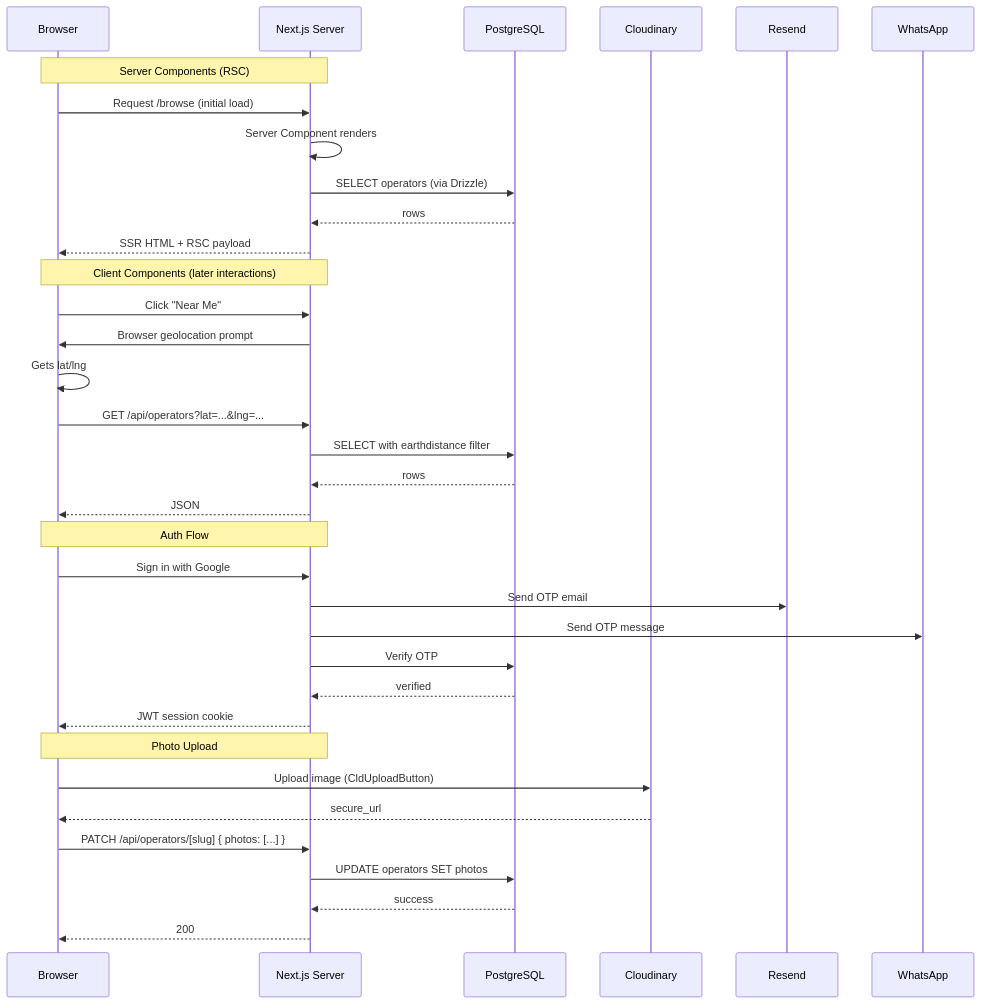
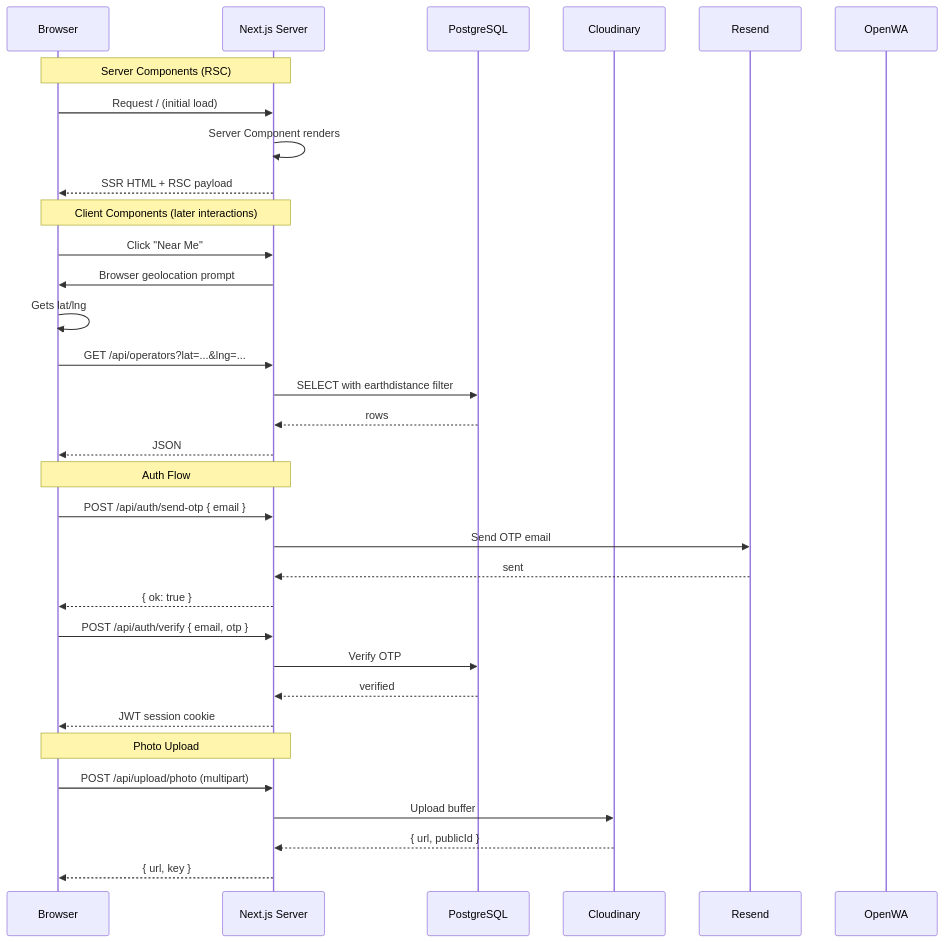
The third of 8 diagrams in docs/SYSTEM_ARCHITECTURE.md (NadeemAhmad007/nadur), drawn with Mermaid before and after one commit. The commit also changed other lines of this file and 79 other files, not shown here.

Commit message:
Production ready - auth fixes, admin UI, WhatsApp OTP, OpenWA management, footer, favorites

````diff
--- a/docs/SYSTEM_ARCHITECTURE.md
+++ b/docs/SYSTEM_ARCHITECTURE.md
@@ -141,41 +130,39 @@
 ```mermaid
 sequenceDiagram
     participant Browser
     participant NextJS as Next.js Server
     participant DB as PostgreSQL
     participant Cloudinary
     participant Resend
-    participant WhatsApp
+    participant OpenWA
 
     Note over Browser,NextJS: Server Components (RSC)
-    Browser->>NextJS: Request /browse (initial load)
+    Browser->>NextJS: Request / (initial load)
     NextJS->>NextJS: Server Component renders
-    NextJS->>DB: SELECT operators (via Drizzle)
-    DB-->>NextJS: rows
     NextJS-->>Browser: SSR HTML + RSC payload
 
     Note over Browser,NextJS: Client Components (later interactions)
     Browser->>NextJS: Click "Near Me"
     NextJS->>Browser: Browser geolocation prompt
     Browser->>Browser: Gets lat/lng
     Browser->>NextJS: GET /api/operators?lat=...&lng=...
     NextJS->>DB: SELECT with earthdistance filter
     DB-->>NextJS: rows
     NextJS-->>Browser: JSON
 
     Note over Browser,NextJS: Auth Flow
-    Browser->>NextJS: Sign in with Google
+    Browser->>NextJS: POST /api/auth/send-otp { email }
     NextJS->>Resend: Send OTP email
-    NextJS->>WhatsApp: Send OTP message
+    Resend-->>NextJS: sent
+    NextJS-->>Browser: { ok: true }
+    Browser->>NextJS: POST /api/auth/verify { email, otp }
     NextJS->>DB: Verify OTP
     DB-->>NextJS: verified
     NextJS-->>Browser: JWT session cookie
 
     Note over Browser,NextJS: Photo Upload
-    Browser->>Cloudinary: Upload image (CldUploadButton)
-    Cloudinary-->>Browser: secure_url
-    Browser->>NextJS: PATCH /api/operators/[slug] { photos: [...] }
-    NextJS->>DB: UPDATE operators SET photos
-    DB-->>NextJS: success
-    NextJS-->>Browser: 200
+    Browser->>NextJS: POST /api/upload/photo (multipart)
+    NextJS->>Cloudinary: Upload buffer
+    Cloudinary-->>NextJS: { url, publicId }
+    NextJS-->>Browser: { url, key }
 ```
````
